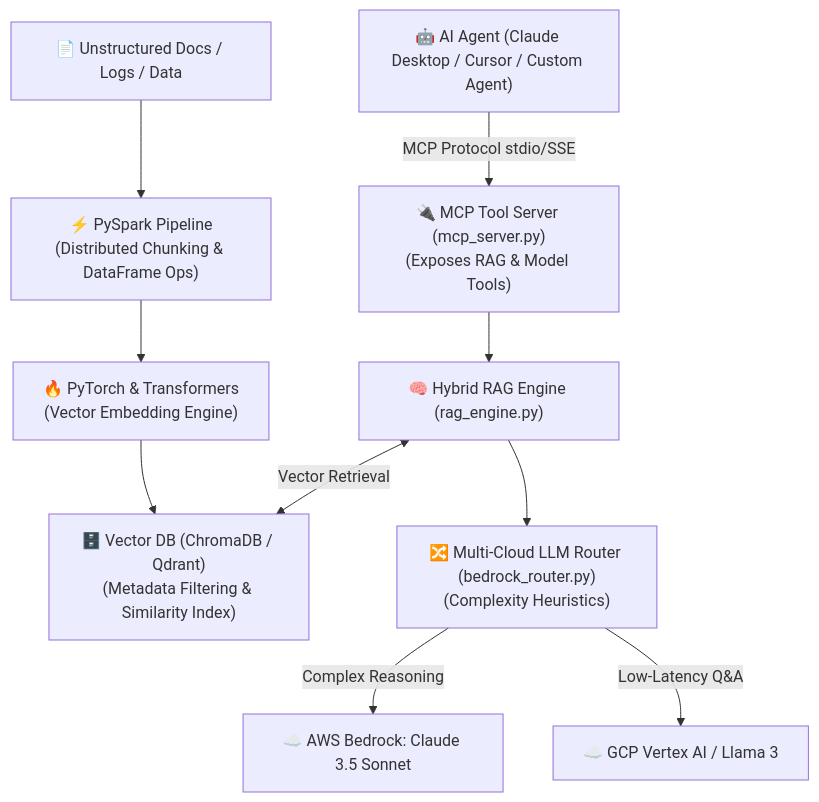
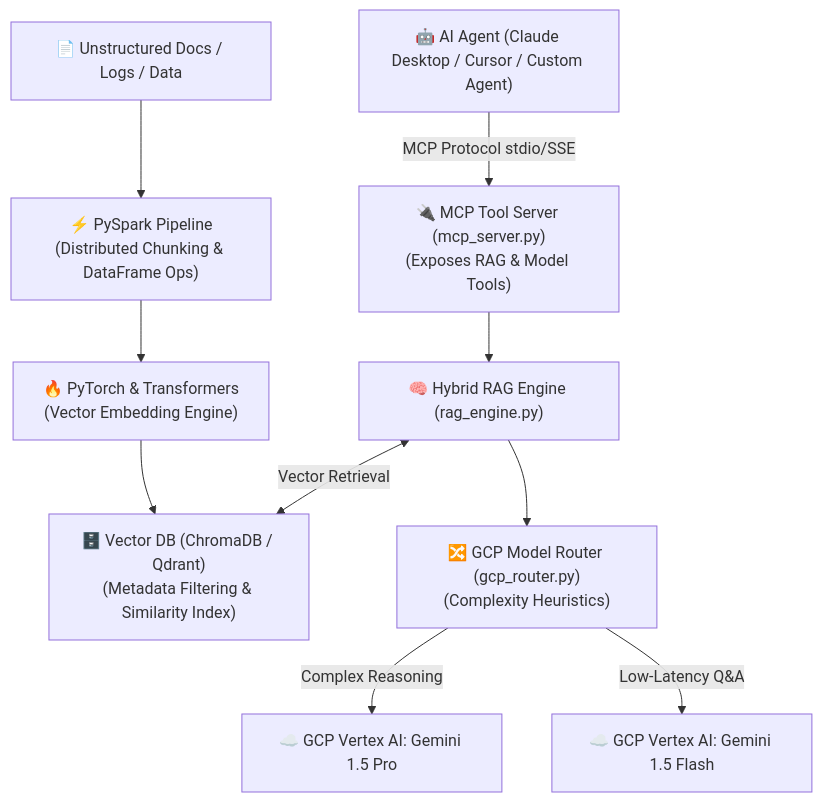
One commit to rajachakraborti/rag-lakehouse changed the diagram in README.md. Above: the diagram before and after it, drawn with Mermaid. The commit also changed other lines of this file and 8 other files, not shown here.

Commit message:
Replace AWS Bedrock with GCP Vertex AI / Gemini model router and scrub Bedrock references

````diff
--- a/README.md
+++ b/README.md
@@ -10,14 +10,14 @@
 ```mermaid
 graph TD
     Docs["📄 Unstructured Docs / Logs / Data"] --> Spark["⚡ PySpark Pipeline\n(Distributed Chunking & DataFrame Ops)"]
     Spark --> PyTorch["🔥 PyTorch & Transformers\n(Vector Embedding Engine)"]
     PyTorch --> VectorDB["🗄️ Vector DB (ChromaDB / Qdrant)\n(Metadata Filtering & Similarity Index)"]
 
     Agent["🤖 AI Agent (Claude Desktop / Cursor / Custom Agent)"] -->|MCP Protocol stdio/SSE| MCPServer["🔌 MCP Tool Server (mcp_server.py)\n(Exposes RAG & Model Tools)"]
     MCPServer --> Engine["🧠 Hybrid RAG Engine (rag_engine.py)"]
     Engine <-->|Vector Retrieval| VectorDB
-    Engine --> Router["🔀 Multi-Cloud LLM Router (bedrock_router.py)\n(Complexity Heuristics)"]
+    Engine --> Router["🔀 GCP Model Router (gcp_router.py)\n(Complexity Heuristics)"]
 
-    Router -->|Complex Reasoning| Sonnet["☁️ AWS Bedrock: Claude 3.5 Sonnet"]
-    Router -->|Low-Latency Q&A| Gemini["☁️ GCP Vertex AI / Llama 3"]
+    Router -->|Complex Reasoning| Pro["☁️ GCP Vertex AI: Gemini 1.5 Pro"]
+    Router -->|Low-Latency Q&A| Flash["☁️ GCP Vertex AI: Gemini 1.5 Flash"]
 ```
````
